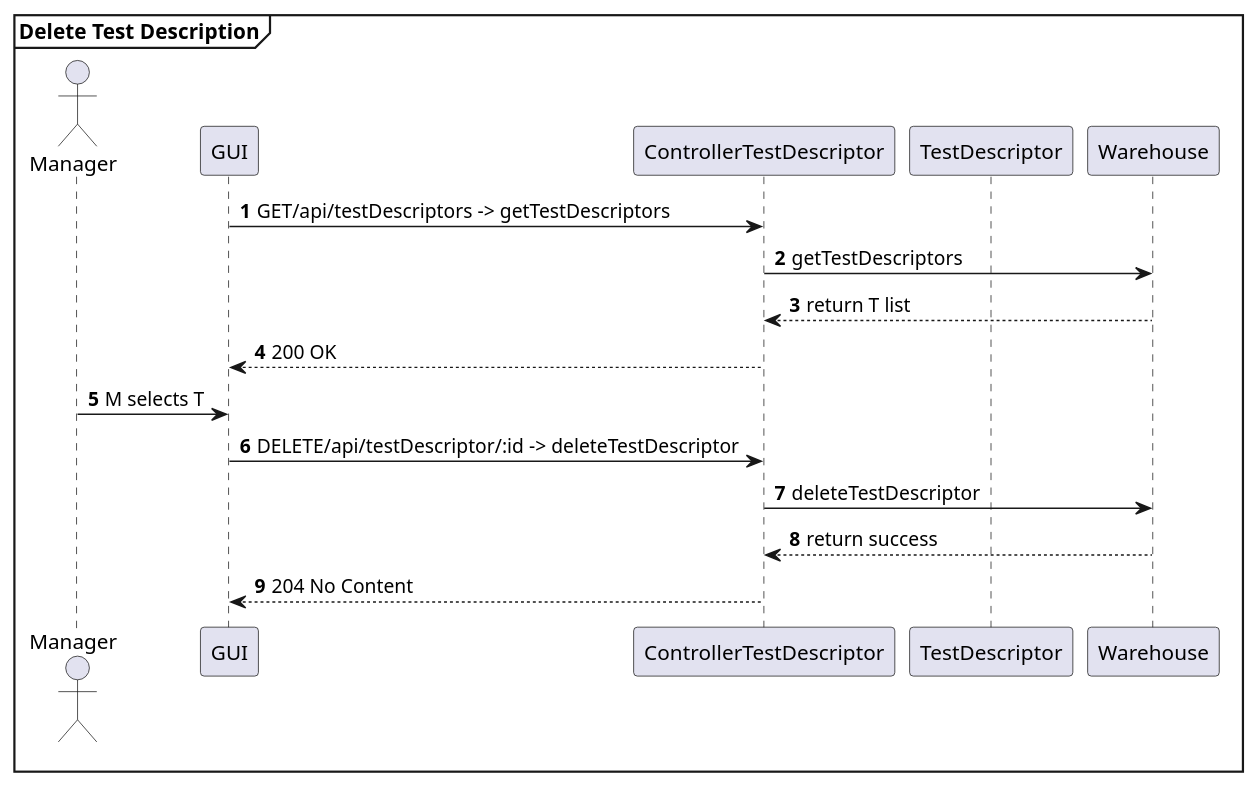
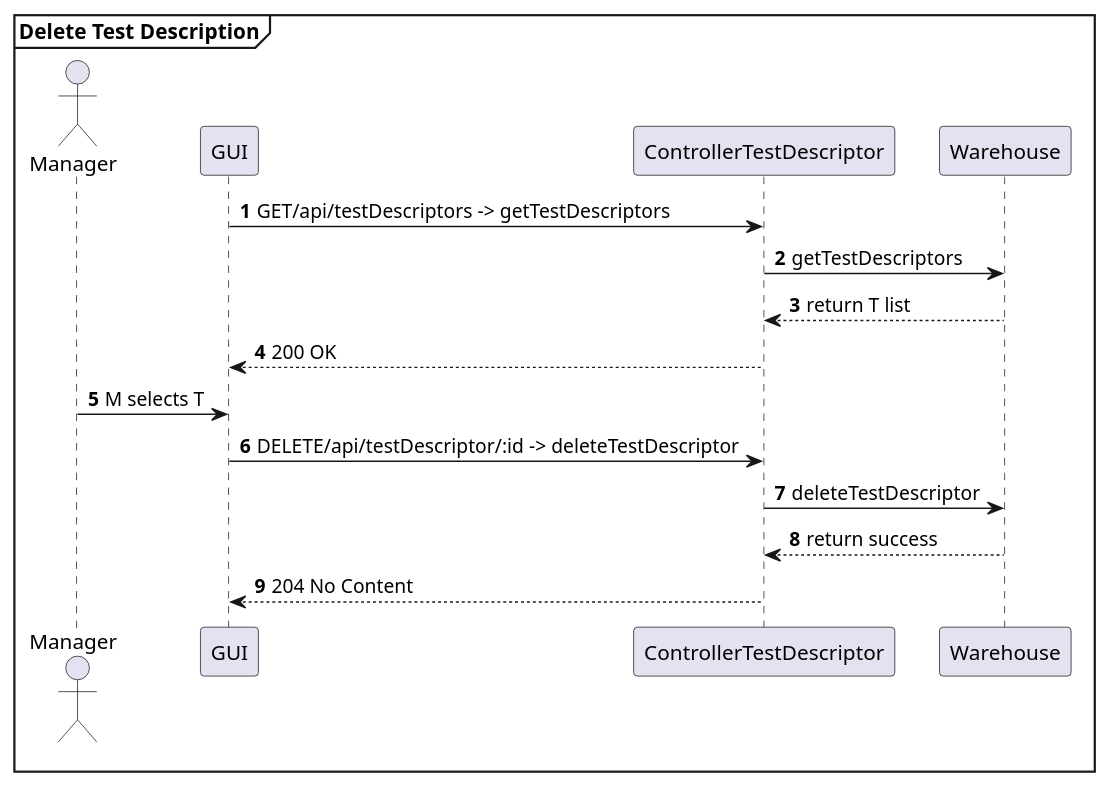
Before and after one commit to AlexZampa/EzWh: diagram 30 of 30 in DesignDocument.md, drawn with PlantUML. The commit also changed other lines of this file, not shown here.

````diff
--- a/DesignDocument.md
+++ b/DesignDocument.md
@@ -1364,21 +1386,20 @@
 ```plantuml
 @startuml
 mainframe **Delete Test Description**
 actor Manager
 participant GUI
 participant ControllerTestDescriptor
-participant TestDescriptor
 
 autonumber
 GUI -> ControllerTestDescriptor : GET/api/testDescriptors -> getTestDescriptors
 ControllerTestDescriptor -> Warehouse : getTestDescriptors
 ControllerTestDescriptor <-- Warehouse : return T list
 GUI <-- ControllerTestDescriptor : 200 OK
 Manager -> GUI : M selects T
 GUI -> ControllerTestDescriptor : DELETE/api/testDescriptor/:id -> deleteTestDescriptor
 ControllerTestDescriptor -> Warehouse : deleteTestDescriptor
 ControllerTestDescriptor <-- Warehouse : return success
 GUI <-- ControllerTestDescriptor : 204 No Content
 
 @enduml
 ```
````
